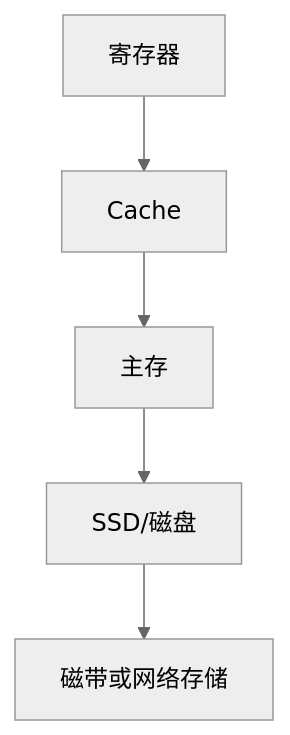
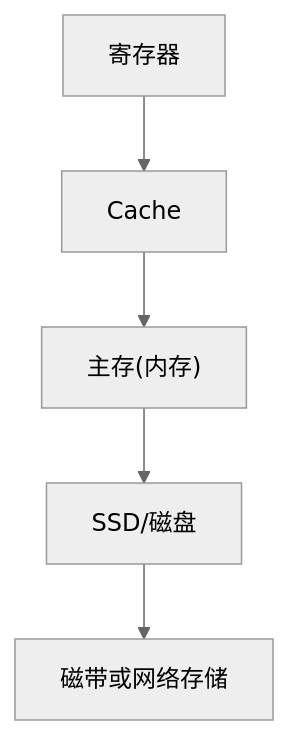
The third of 32 diagrams in 软件设计师学习笔记-修订版.md (NiuSX/minmistake-blog), drawn with Mermaid (neutral theme) before and after one commit. The commit also changed other lines of this file and 6 other files, not shown here.

````diff
--- a/软件设计师学习笔记-修订版.md
+++ b/软件设计师学习笔记-修订版.md
@@ -493,12 +491,12 @@
 ```mermaid
 flowchart TD
     N1["寄存器"]
     N2["Cache"]
-    N3["主存"]
+    N3["主存(内存)"]
     N4["SSD/磁盘"]
     N5["磁带或网络存储"]
     N1 --> N2
     N2 --> N3
     N3 --> N4
     N4 --> N5
 ```
````
